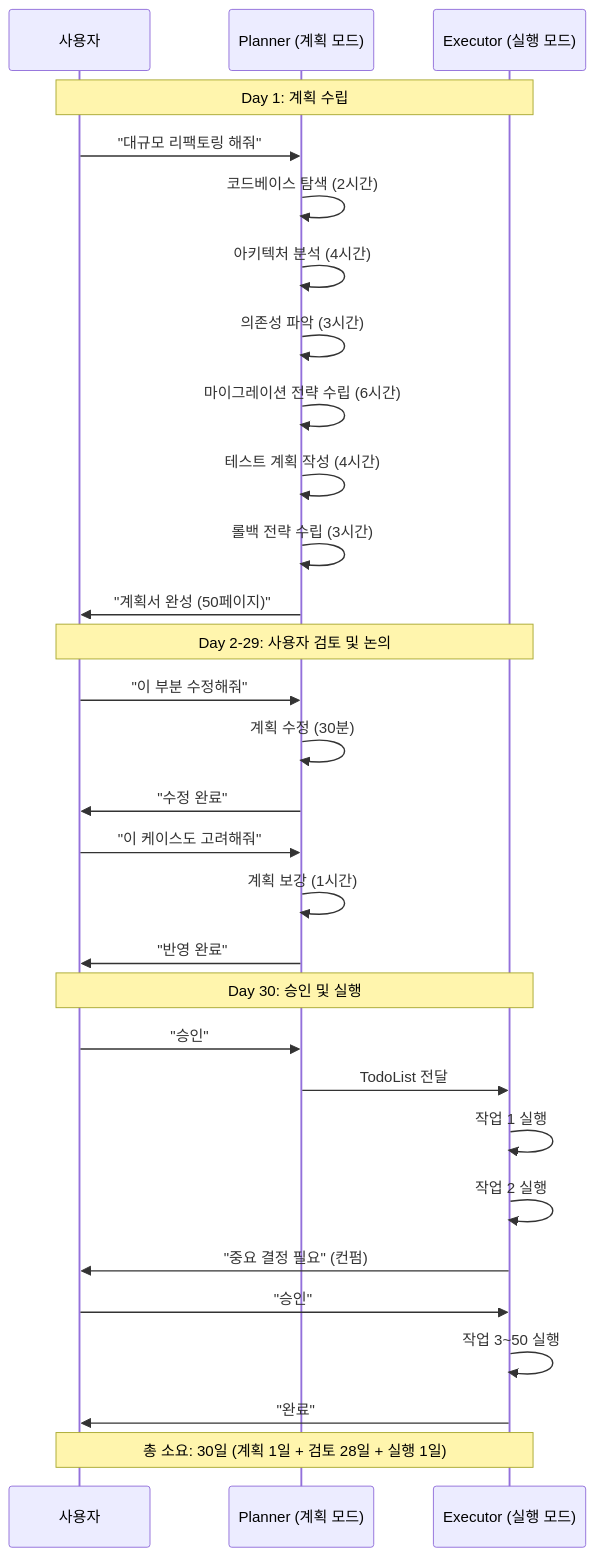
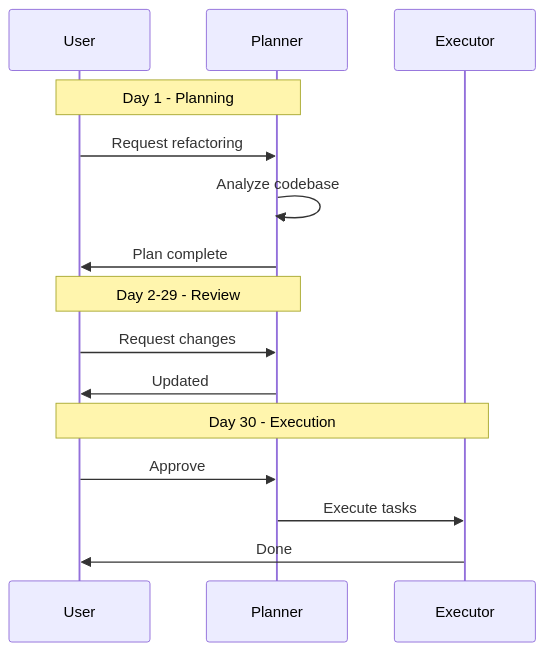
Before and after one commit to Kanghyeop/pages-book-agent101: the fourth of 5 diagrams in 02-literacy/24-system.md, drawn with Mermaid. The commit also changed other lines of this file and 1 other file, not shown here.

Commit message:
Mermaid 다이어그램 단순화 동기화
- 복잡한 flowchart 단순화
- sequenceDiagram 영문 전환

````diff
--- a/02-literacy/24-system.md
+++ b/02-literacy/24-system.md
@@ -197,36 +183,20 @@
 ```mermaid
 sequenceDiagram
-    participant U as 사용자
-    participant P as Planner (계획 모드)
-    participant E as Executor (실행 모드)
+    participant U as User
+    participant P as Planner
+    participant E as Executor
 
-    Note over U,E: Day 1: 계획 수립
-    U->>P: "대규모 리팩토링 해줘"
-    P->>P: 코드베이스 탐색 (2시간)
-    P->>P: 아키텍처 분석 (4시간)
-    P->>P: 의존성 파악 (3시간)
-    P->>P: 마이그레이션 전략 수립 (6시간)
-    P->>P: 테스트 계획 작성 (4시간)
-    P->>P: 롤백 전략 수립 (3시간)
-    P->>U: "계획서 완성 (50페이지)"
+    Note over U,P: Day 1 - Planning
+    U->>P: Request refactoring
+    P->>P: Analyze codebase
+    P->>U: Plan complete
 
-    Note over U,E: Day 2-29: 사용자 검토 및 논의
-    U->>P: "이 부분 수정해줘"
-    P->>P: 계획 수정 (30분)
-    P->>U: "수정 완료"
-    U->>P: "이 케이스도 고려해줘"
-    P->>P: 계획 보강 (1시간)
-    P->>U: "반영 완료"
+    Note over U,P: Day 2-29 - Review
+    U->>P: Request changes
+    P->>U: Updated
 
-    Note over U,E: Day 30: 승인 및 실행
-    U->>P: "승인"
-    P->>E: TodoList 전달
-    E->>E: 작업 1 실행
-    E->>E: 작업 2 실행
-    E->>U: "중요 결정 필요" (컨펌)
-    U->>E: "승인"
-    E->>E: 작업 3~50 실행
-    E->>U: "완료"
-
-    Note over U,E: 총 소요: 30일 (계획 1일 + 검토 28일 + 실행 1일)
+    Note over U,E: Day 30 - Execution
+    U->>P: Approve
+    P->>E: Execute tasks
+    E->>U: Done
 ```
````
